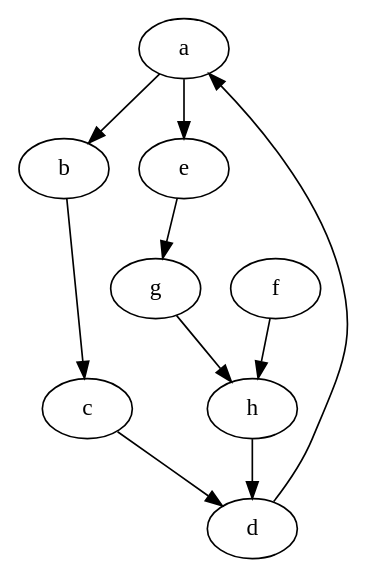
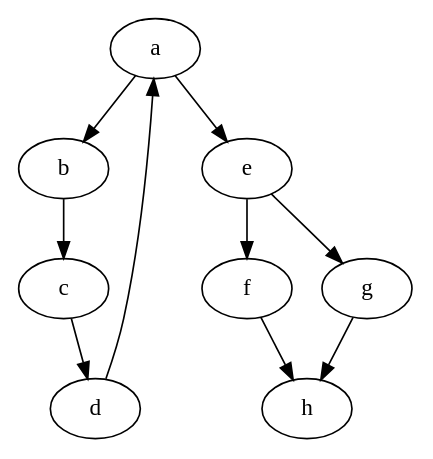
Before and after one commit to anishnallani22/CSE-464-2024-anallani: the diagram in src/main/resources/input.dot, drawn with Graphviz. The commit also changed other lines of this file and 15 other files, not shown here.

```diff
--- a/src/main/resources/input.dot
+++ b/src/main/resources/input.dot
@@ -1,11 +1,11 @@
 digraph {
     a -> b;
     b -> c;
     c -> d;
     d -> a;
     a -> e;
+    e -> f;
     e -> g;
-    h -> d;
     f -> h;
     g -> h;
 }
```
